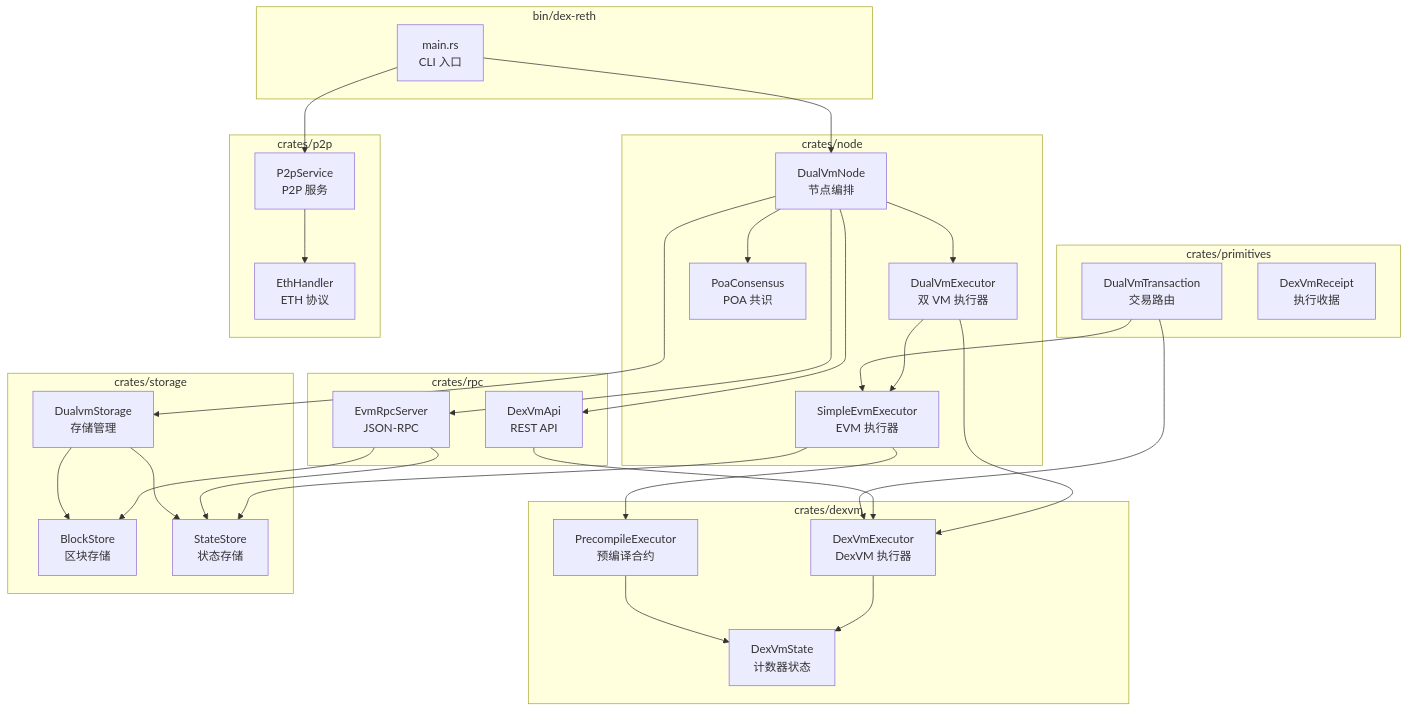
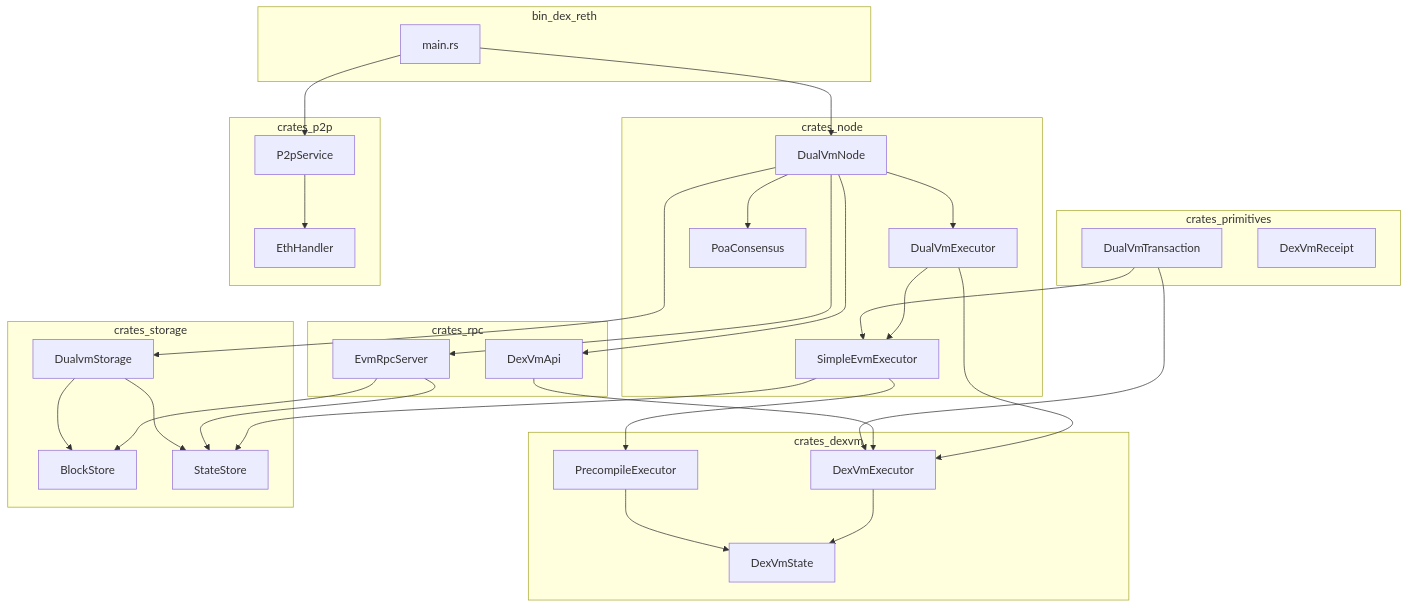
One commit to J1a-wei/reth-demo changed the diagram in notes/01-architecture-overview.md. Above: the diagram before and after it, drawn with Mermaid. The commit also changed 4 other files, not shown here.

````diff
--- a/notes/01-architecture-overview.md
+++ b/notes/01-architecture-overview.md
@@ -58,70 +58,70 @@
 ```mermaid
 graph TD
-    subgraph "bin/dex-reth"
-        MAIN[main.rs<br/>CLI 入口]
+    subgraph bin_dex_reth
+        MAIN[main.rs]
     end
 
-    subgraph "crates/node"
-        NODE[DualVmNode<br/>节点编排]
-        EXECUTOR[DualVmExecutor<br/>双 VM 执行器]
-        EVM_EXEC[SimpleEvmExecutor<br/>EVM 执行器]
-        CONSENSUS[PoaConsensus<br/>POA 共识]
+    subgraph crates_node
+        NODE[DualVmNode]
+        EXECUTOR[DualVmExecutor]
+        EVM_EXEC[SimpleEvmExecutor]
+        CONSENSUS[PoaConsensus]
     end
 
-    subgraph "crates/dexvm"
-        DEXVM_EXEC[DexVmExecutor<br/>DexVM 执行器]
-        DEXVM_STATE[DexVmState<br/>计数器状态]
-        PRECOMPILE[PrecompileExecutor<br/>预编译合约]
+    subgraph crates_dexvm
+        DEXVM_EXEC[DexVmExecutor]
+        DEXVM_STATE[DexVmState]
+        PRECOMPILE[PrecompileExecutor]
     end
 
-    subgraph "crates/primitives"
-        TX[DualVmTransaction<br/>交易路由]
-        RECEIPT[DexVmReceipt<br/>执行收据]
+    subgraph crates_primitives
+        TX[DualVmTransaction]
+        RECEIPT[DexVmReceipt]
     end
 
-    subgraph "crates/storage"
-        STORAGE[DualvmStorage<br/>存储管理]
-        BLOCK_STORE[BlockStore<br/>区块存储]
-        STATE_STORE[StateStore<br/>状态存储]
+    subgraph crates_storage
+        STORAGE[DualvmStorage]
+        BLOCK_STORE[BlockStore]
+        STATE_STORE[StateStore]
     end
 
-    subgraph "crates/rpc"
-        EVM_RPC[EvmRpcServer<br/>JSON-RPC]
-        DEXVM_API[DexVmApi<br/>REST API]
+    subgraph crates_rpc
+        EVM_RPC[EvmRpcServer]
+        DEXVM_API[DexVmApi]
     end
 
-    subgraph "crates/p2p"
-        P2P_SERVICE[P2pService<br/>P2P 服务]
-        ETH_HANDLER[EthHandler<br/>ETH 协议]
+    subgraph crates_p2p
+        P2P_SERVICE[P2pService]
+        ETH_HANDLER[EthHandler]
     end
 
     MAIN --> NODE
     MAIN --> P2P_SERVICE
 
     NODE --> EXECUTOR
     NODE --> CONSENSUS
     NODE --> STORAGE
     NODE --> EVM_RPC
     NODE --> DEXVM_API
 
     EXECUTOR --> EVM_EXEC
     EXECUTOR --> DEXVM_EXEC
 
     EVM_EXEC --> STATE_STORE
     EVM_EXEC --> PRECOMPILE
 
     DEXVM_EXEC --> DEXVM_STATE
     PRECOMPILE --> DEXVM_STATE
 
     DEXVM_API --> DEXVM_EXEC
     EVM_RPC --> STATE_STORE
     EVM_RPC --> BLOCK_STORE
 
     STORAGE --> BLOCK_STORE
     STORAGE --> STATE_STORE
 
     P2P_SERVICE --> ETH_HANDLER
 
     TX --> DEXVM_EXEC
     TX --> EVM_EXEC
 ```
````
